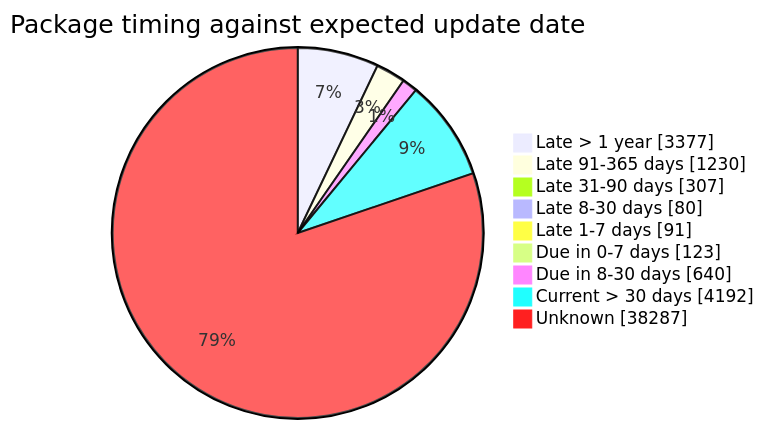
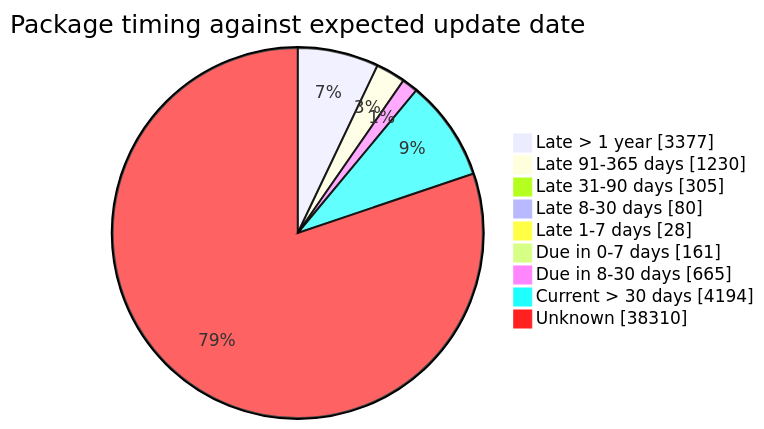
Before and after one commit to open-data/analytics-corporate-reporting: the fourth of 5 diagrams in FreshCheck/README.md, drawn with Mermaid. The commit also changed other lines of this file and 3 other files, not shown here.

````diff
--- a/FreshCheck/README.md
+++ b/FreshCheck/README.md
@@ -86,12 +86,12 @@
 ```mermaid
 pie showData title Package timing against expected update date
     "Late > 1 year": 3377
     "Late 91-365 days": 1230
-    "Late 31-90 days": 307
+    "Late 31-90 days": 305
     "Late 8-30 days": 80
-    "Late 1-7 days": 91
-    "Due in 0-7 days": 123
-    "Due in 8-30 days": 640
-    "Current > 30 days": 4192
-    "Unknown": 38287
+    "Late 1-7 days": 28
+    "Due in 0-7 days": 161
+    "Due in 8-30 days": 665
+    "Current > 30 days": 4194
+    "Unknown": 38310
 ```
````
